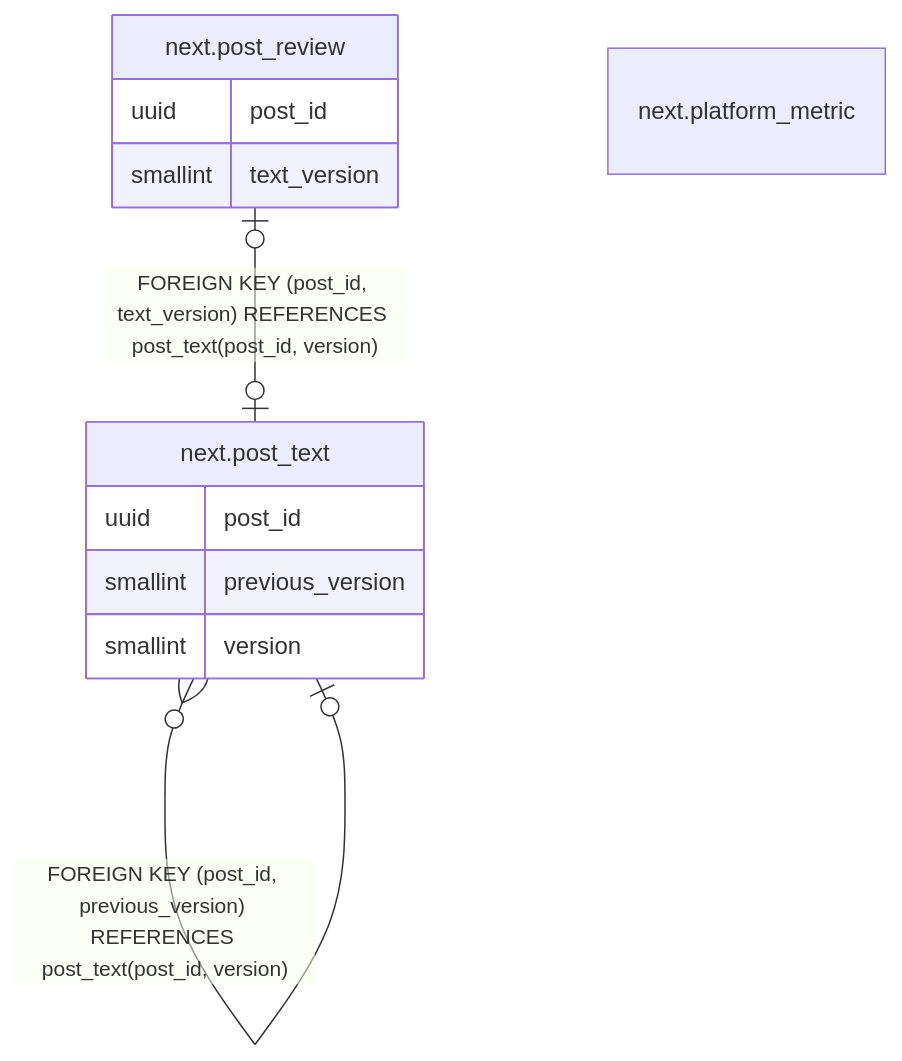
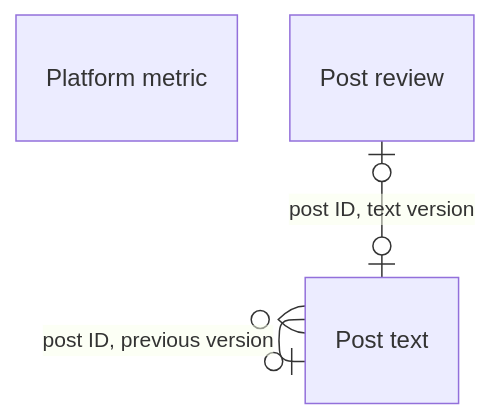
The diagram in docs/database/tables/viewpoint-marketing-review.md (DoctorCRE/doctorcre-engine), drawn with Mermaid before and after one commit. The commit also changed other lines of this file and 29 other files, not shown here.

````diff
--- a/docs/database/tables/viewpoint-marketing-review.md
+++ b/docs/database/tables/viewpoint-marketing-review.md
@@ -17,18 +3,15 @@
 ```mermaid
+---
+config:
+  layout: elk
+  er:
+    nodeSpacing: 22
+    rankSpacing: 44
+---
 erDiagram
-
-"next.post_review" |o--o| "next.post_text" : "FOREIGN KEY (post_id, text_version) REFERENCES post_text(post_id, version)"
-"next.post_text" }o--o| "next.post_text" : "FOREIGN KEY (post_id, previous_version) REFERENCES post_text(post_id, version)"
-
-"next.platform_metric" {
-}
-"next.post_review" {
-  uuid post_id
-  smallint text_version
-}
-"next.post_text" {
-  uuid post_id
-  smallint previous_version
-  smallint version
-}
+  "Platform metric"
+  "Post review"
+  "Post text"
+  "Post review" |o--o| "Post text" : "post ID, text version"
+  "Post text" }o--o| "Post text" : "post ID, previous version"
 ```
````
